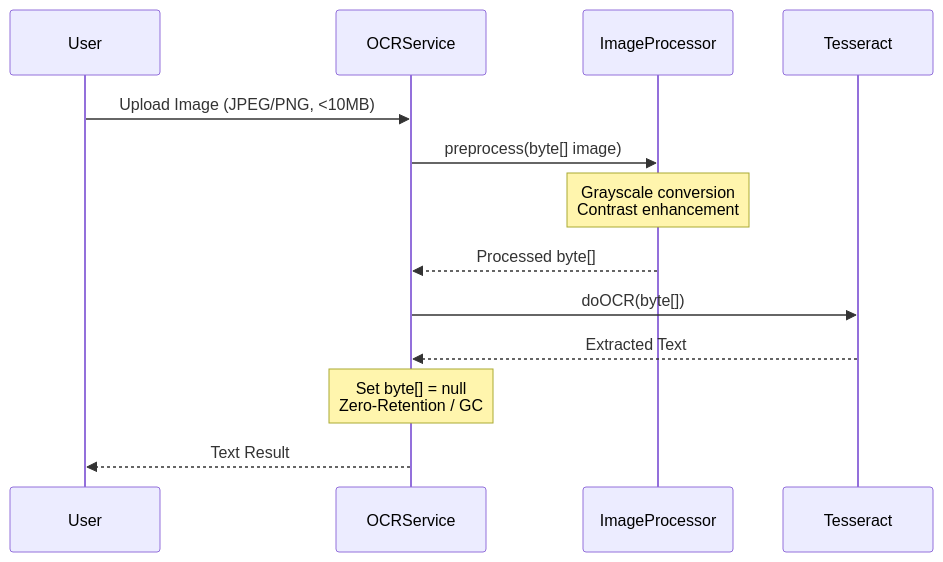
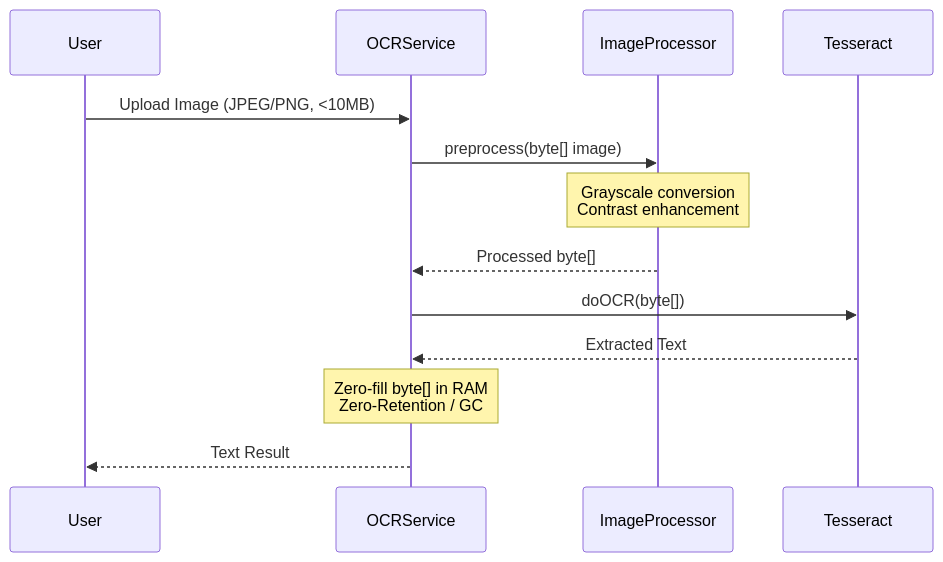
Before and after one commit to botmaksim/lingua-optima: the fourth of 5 diagrams in docs/AI_INTEGRATION.md, drawn with Mermaid. The commit also changed other lines of this file and 6 other files, not shown here.

````diff
--- a/docs/AI_INTEGRATION.md
+++ b/docs/AI_INTEGRATION.md
@@ -193,16 +193,16 @@
 ```mermaid
 sequenceDiagram
     participant User
     participant OCRService
     participant ImageProcessor
     participant Tesseract
     
     User->>OCRService: Upload Image (JPEG/PNG, <10MB)
     OCRService->>ImageProcessor: preprocess(byte[] image)
     Note over ImageProcessor: Grayscale conversion<br/>Contrast enhancement
     ImageProcessor-->>OCRService: Processed byte[]
     OCRService->>Tesseract: doOCR(byte[])
     Tesseract-->>OCRService: Extracted Text
-    Note over OCRService: Set byte[] = null<br/>Zero-Retention / GC
+    Note over OCRService: Zero-fill byte[] in RAM<br/>Zero-Retention / GC
     OCRService-->>User: Text Result
 ```
````
